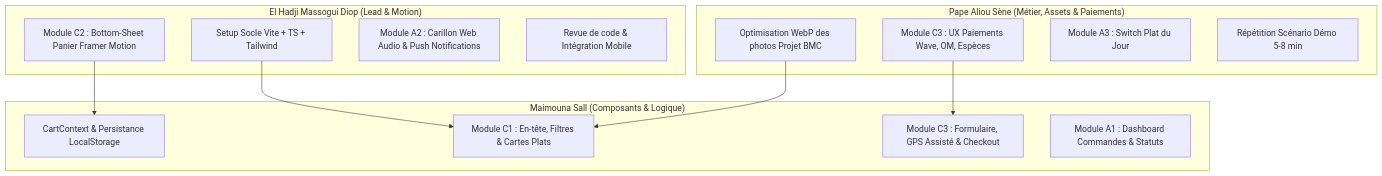
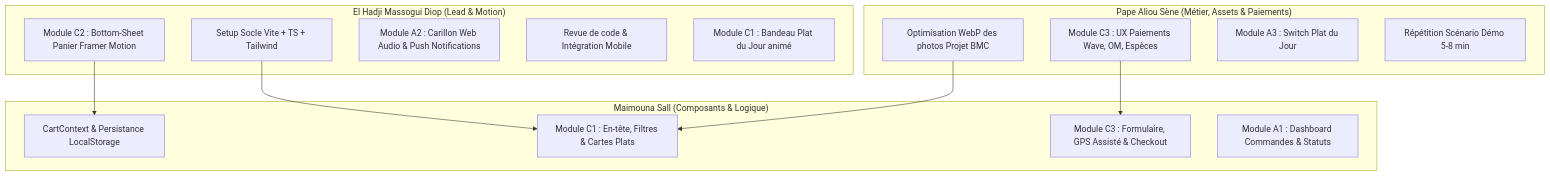
The diagram in docs/dispatching_faction_frontend.md (lansanacoly7/BMC_FOOD), drawn with Mermaid before and after one commit. The commit also changed other lines of this file, not shown here.

First line of the commit message:
docs(frontend): ajout de la tache EH-5 (bandeau Plat du Jour) au dispatching

````diff
--- a/docs/dispatching_faction_frontend.md
+++ b/docs/dispatching_faction_frontend.md
@@ -46,28 +46,29 @@
 ```mermaid
 graph TD
     subgraph ElHadji["El Hadji Massogui Diop (Lead & Motion)"]
         EH1["Setup Socle Vite + TS + Tailwind"]
         EH2["Module C2 : Bottom-Sheet Panier Framer Motion"]
         EH3["Module A2 : Carillon Web Audio & Push Notifications"]
         EH4["Revue de code & Intégration Mobile"]
+        EH5["Module C1 : Bandeau Plat du Jour animé"]
     end
 
     subgraph Maimouna["Maimouna Sall (Composants & Logique)"]
         MS1["CartContext & Persistance LocalStorage"]
         MS2["Module C1 : En-tête, Filtres & Cartes Plats"]
         MS3["Module C3 : Formulaire, GPS Assisté & Checkout"]
         MS4["Module A1 : Dashboard Commandes & Statuts"]
     end
 
     subgraph PapeAliou["Pape Aliou Sène (Métier, Assets & Paiements)"]
         PA1["Optimisation WebP des photos Projet BMC"]
         PA2["Module C3 : UX Paiements Wave, OM, Espèces"]
         PA3["Module A3 : Switch Plat du Jour"]
         PA4["Répétition Scénario Démo 5-8 min"]
     end
 
     EH1 --> MS2
     EH2 --> MS1
     PA1 --> MS2
     PA2 --> MS3
 ```
````
